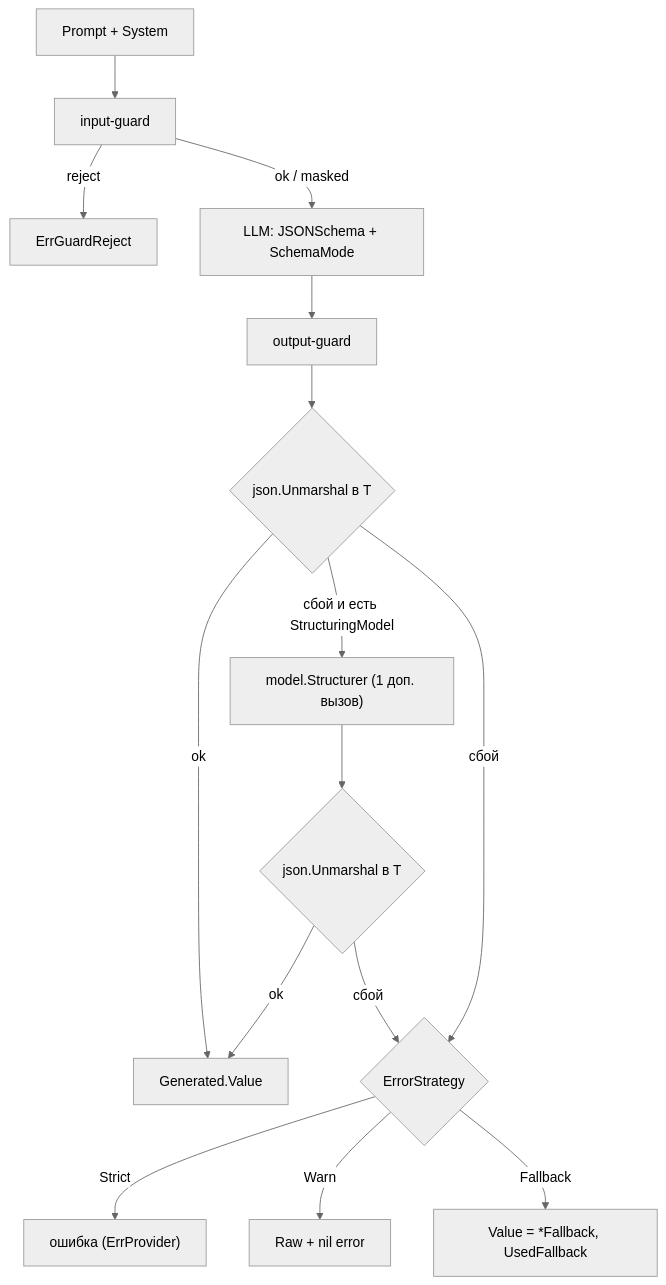
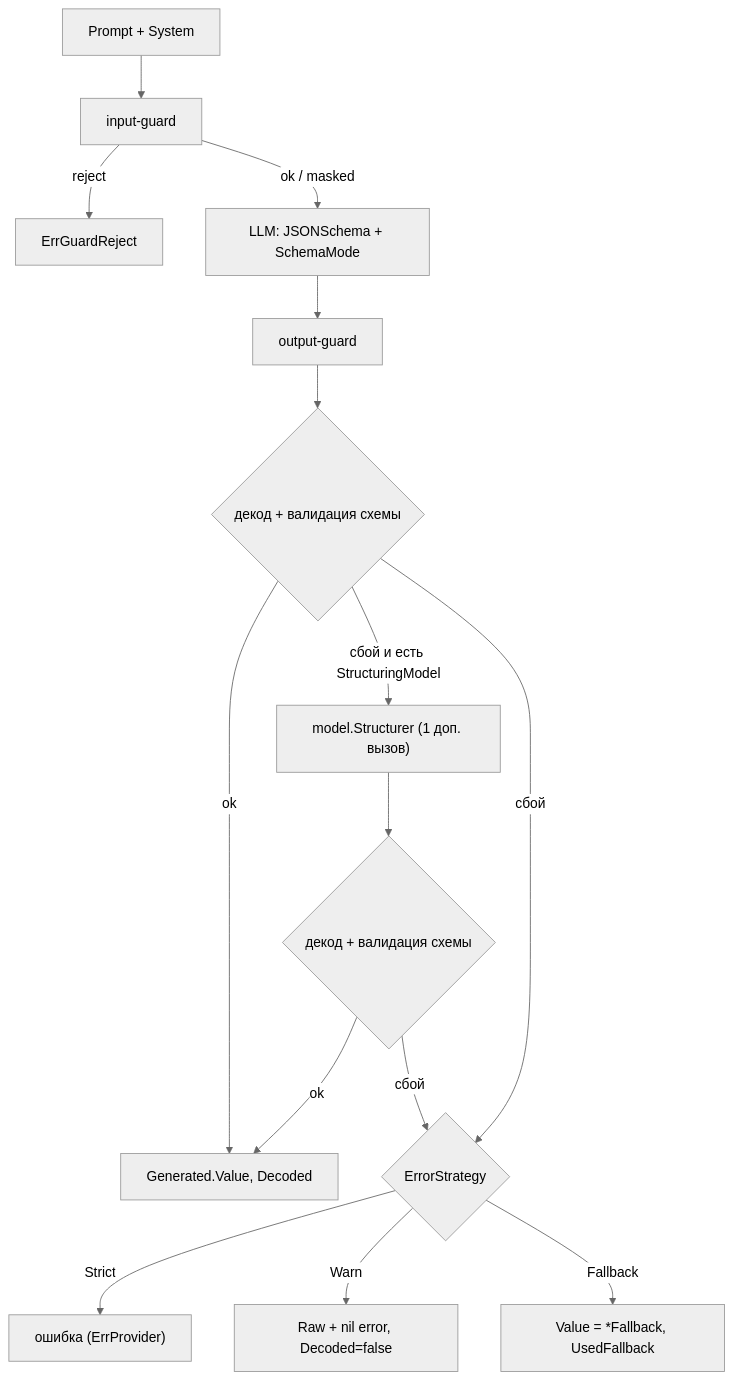
The diagram in docs/guides/structured-output.md (KirillYuzh/Gobellim), drawn with Mermaid (neutral theme) before and after one commit. The commit also changed other lines of this file and 10 other files, not shown here.

Commit message:
fix: validate the generate answer against its schema

````diff
--- a/docs/guides/structured-output.md
+++ b/docs/guides/structured-output.md
@@ -47,17 +47,17 @@
 ```mermaid
 flowchart TD
     P["Prompt + System"] --> GI["input-guard"]
     GI -->|"reject"| E1["ErrGuardReject"]
     GI -->|"ok / masked"| LLM["LLM: JSONSchema + SchemaMode"]
     LLM --> GO["output-guard"]
-    GO --> DEC{"json.Unmarshal в T"}
-    DEC -->|"ok"| OK["Generated.Value"]
+    GO --> DEC{"декод + валидация схемы"}
+    DEC -->|"ok"| OK["Generated.Value, Decoded"]
     DEC -->|"сбой и есть StructuringModel"| ST["model.Structurer (1 доп. вызов)"]
-    ST --> DEC2{"json.Unmarshal в T"}
+    ST --> DEC2{"декод + валидация схемы"}
     DEC2 -->|"ok"| OK
     DEC2 -->|"сбой"| STR{"ErrorStrategy"}
     DEC -->|"сбой"| STR
     STR -->|"Strict"| E2["ошибка (ErrProvider)"]
-    STR -->|"Warn"| W["Raw + nil error"]
+    STR -->|"Warn"| W["Raw + nil error, Decoded=false"]
     STR -->|"Fallback"| F["Value = *Fallback, UsedFallback"]
 ```
````
